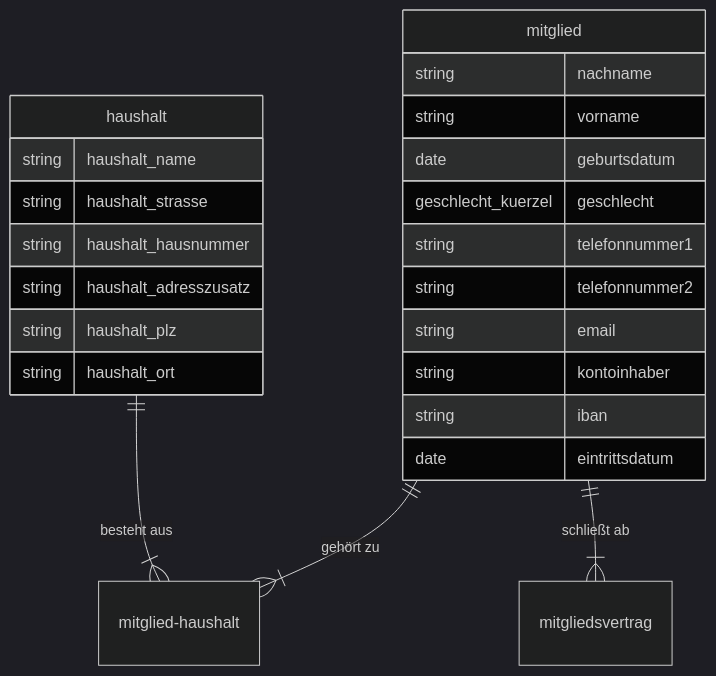
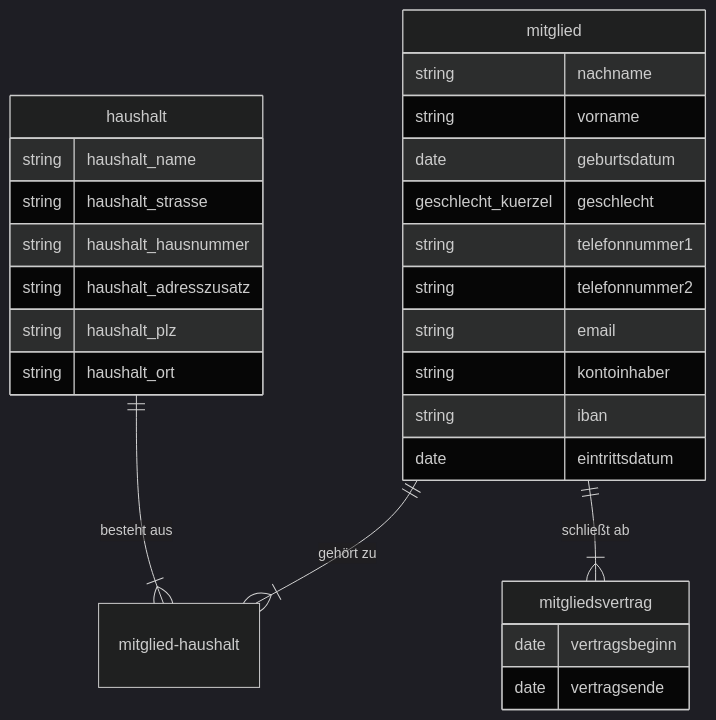
The diagram in database-schema/sportyweb-schema.md (Lehrstuhl-BWL-EvIS/sportyweb), drawn with Mermaid (dark theme) before and after one commit.

`````diff
--- a/database-schema/sportyweb-schema.md
+++ b/database-schema/sportyweb-schema.md
@@ -28,28 +28,34 @@
 ```mermaid
 erDiagram
           mitglied ||--|{ mitglied-haushalt : "gehört zu"
           haushalt ||--|{ mitglied-haushalt : "besteht aus"
           mitglied ||--|{ mitgliedsvertrag : "schließt ab"
+          
 
           mitglied {
             string nachname
             string vorname
             date geburtsdatum
             geschlecht_kuerzel geschlecht
             string telefonnummer1
             string telefonnummer2
             string email
             string kontoinhaber
             string iban
             date eintrittsdatum
           }
 
           haushalt {
             string haushalt_name
             string haushalt_strasse
             string haushalt_hausnummer
             string haushalt_adresszusatz
             string haushalt_plz
             string haushalt_ort
           }
-````
+
+          mitgliedsvertrag {
+            date vertragsbeginn
+            date vertragsende
+          }
+```
`````
